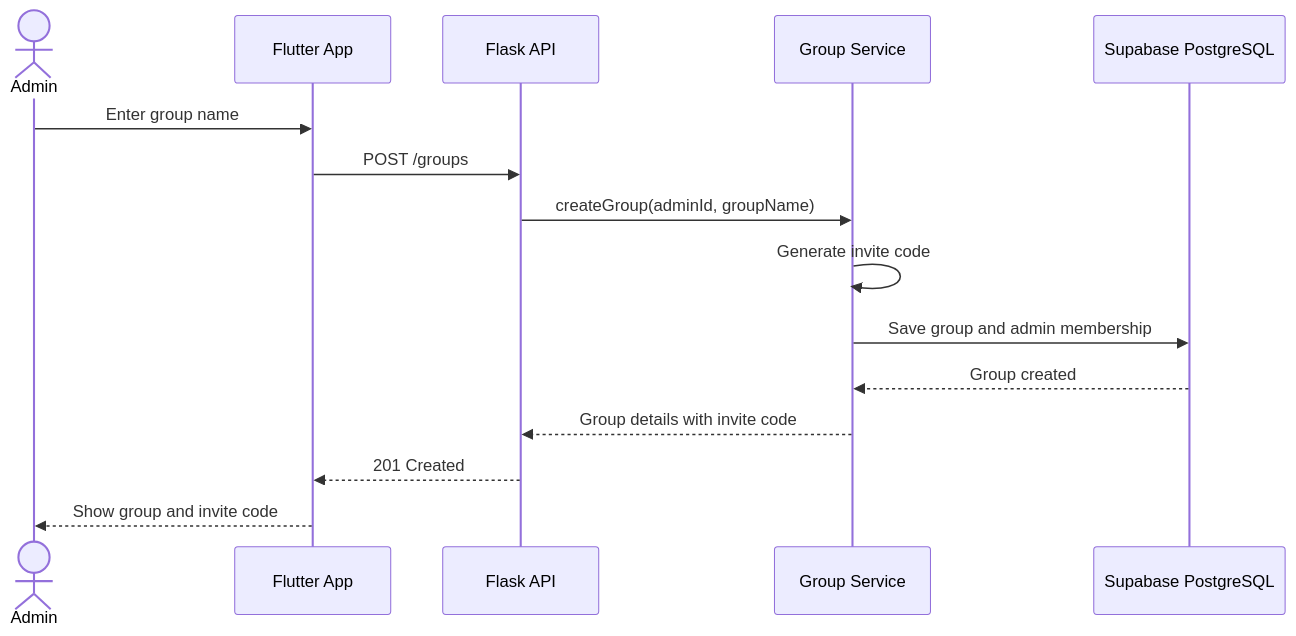
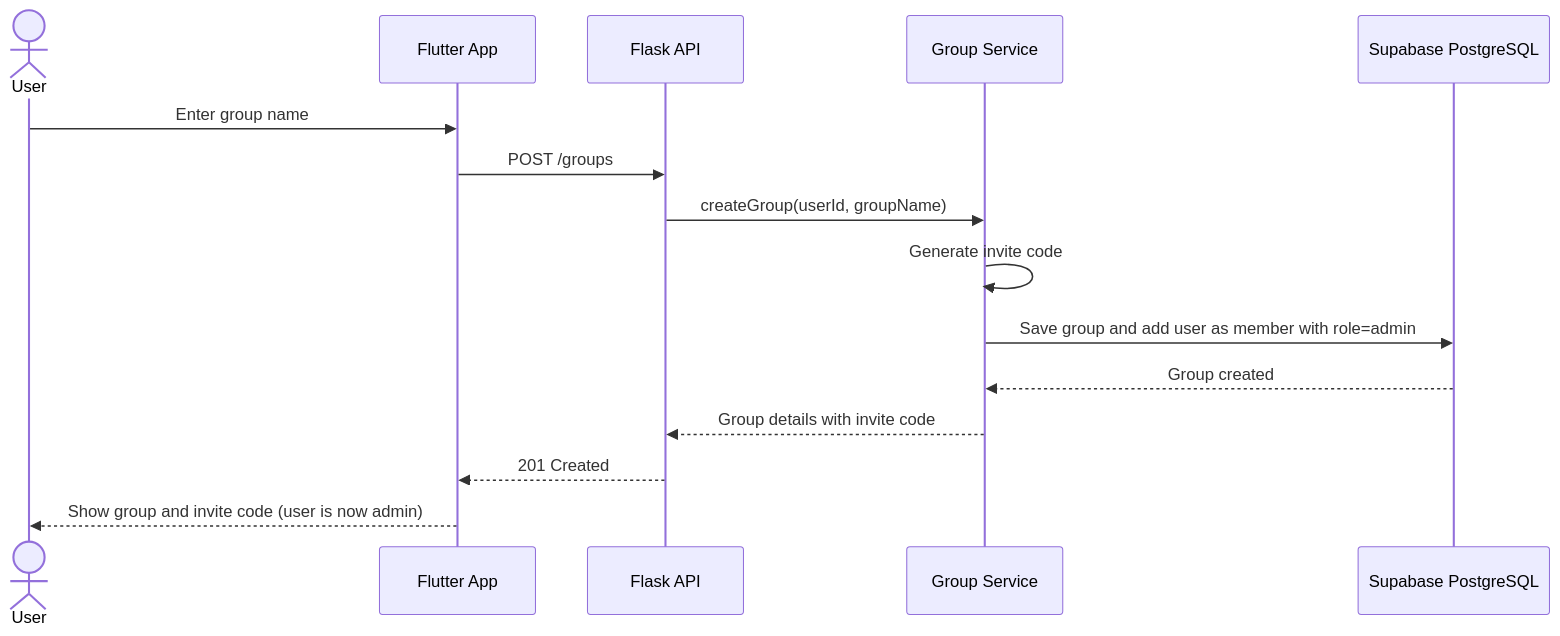
Before and after one commit to MIS-hero/Thalaja-team: the fourth of 9 diagrams in sequence_d.md, drawn with Mermaid. The commit also changed other lines of this file, not shown here.

First line of the commit message:
Change actor from Admin to User in sequence diagrams

````diff
--- a/sequence_d.md
+++ b/sequence_d.md
@@ -102,18 +102,18 @@
 ```mermaid
 sequenceDiagram
-    actor Admin
+    actor User
     participant App as Flutter App
     participant API as Flask API
     participant GroupService as Group Service
     participant DB as Supabase PostgreSQL
 
-    Admin->>App: Enter group name
+    User->>App: Enter group name
     App->>API: POST /groups
-    API->>GroupService: createGroup(adminId, groupName)
+    API->>GroupService: createGroup(userId, groupName)
     GroupService->>GroupService: Generate invite code
-    GroupService->>DB: Save group and admin membership
+    GroupService->>DB: Save group and add user as member with role=admin
     DB-->>GroupService: Group created
     GroupService-->>API: Group details with invite code
     API-->>App: 201 Created
-    App-->>Admin: Show group and invite code
+    App-->>User: Show group and invite code (user is now admin)
 ```
````
